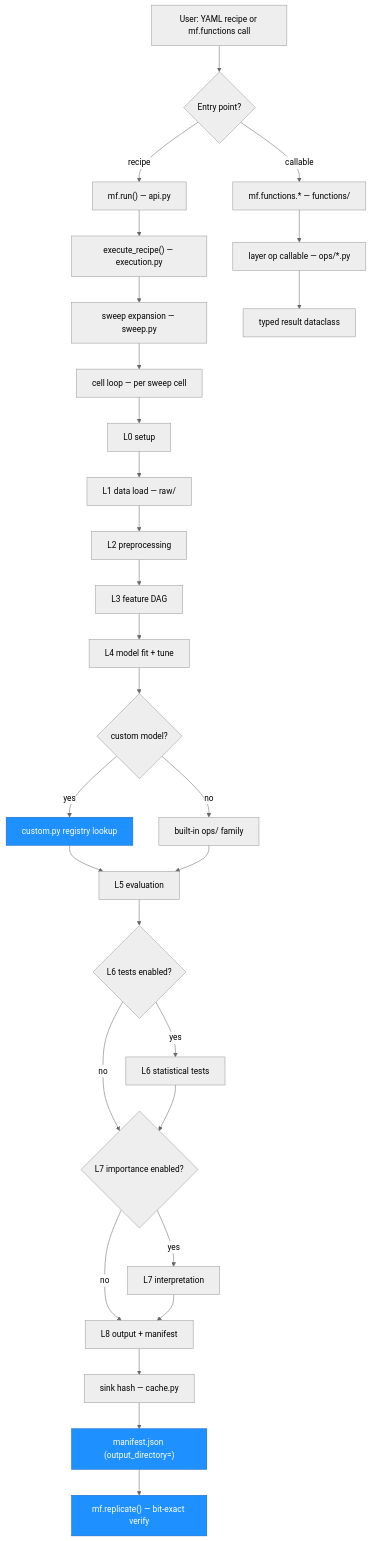
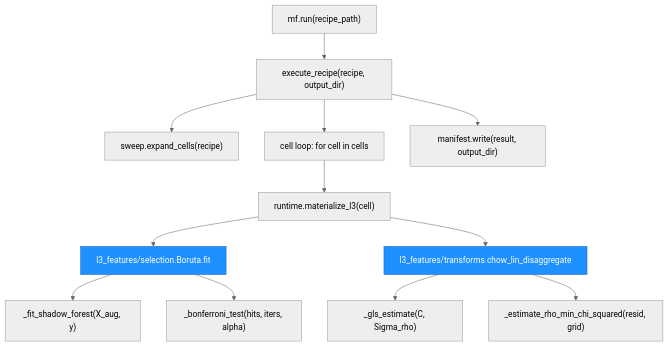
The second of 3 diagrams in ARCHITECTURE.md (NanyeonK/macroforecast), drawn with Mermaid before and after one commit. The commit also changed other lines of this file, not shown here.

First line of the commit message:
docs(pr1): update ARCHITECTURE.md for Phase 3g-bis + PR1

````diff
--- a/ARCHITECTURE.md
+++ b/ARCHITECTURE.md
@@ -264,37 +124,31 @@
 ```mermaid
 %%{init: {'theme': 'neutral'}}%%
 graph TD
-    U["User: YAML recipe or mf.functions call"]
-    U --> EP{"Entry point?"}
-    EP -->|recipe| RUN["mf.run() — api.py"]
-    EP -->|callable| FUNC["mf.functions.* — functions/"]
-    RUN --> EXEC["execute_recipe() — execution.py"]
-    EXEC --> SWEEP["sweep expansion — sweep.py"]
-    SWEEP --> CELL["cell loop — per sweep cell"]
-    CELL --> L0["L0 setup"]
-    L0 --> L1["L1 data load — raw/"]
-    L1 --> L2["L2 preprocessing"]
-    L2 --> L3["L3 feature DAG"]
-    L3 --> L4["L4 model fit + tune"]
-    L4 --> CUSTOM{"custom model?"}
-    CUSTOM -->|yes| REG["custom.py registry lookup"]
-    CUSTOM -->|no| BUILTIN["built-in ops/ family"]
-    REG --> L5["L5 evaluation"]
-    BUILTIN --> L5
-    L5 --> L6{"L6 tests enabled?"}
-    L6 -->|yes| TESTS["L6 statistical tests"]
-    L6 -->|no| L7CHECK{"L7 importance enabled?"}
-    TESTS --> L7CHECK
-    L7CHECK -->|yes| INTERP["L7 interpretation"]
-    L7CHECK -->|no| L8["L8 output + manifest"]
-    INTERP --> L8
-    L8 --> HASH["sink hash — cache.py"]
-    HASH --> MAN["manifest.json (output_directory=)"]
-    MAN --> REP["mf.replicate() — bit-exact verify"]
-    FUNC --> LEAF["layer op callable — ops/*.py"]
-    LEAF --> RES["typed result dataclass"]
+    RUN["mf.run(recipe_path)"]
+    EXECR["execute_recipe(recipe, output_dir)"]
+    SWPEXP["sweep.expand_cells(recipe)"]
+    CELLLOOP["cell loop: for cell in cells"]
+    MAT_L3["runtime.materialize_l3(cell)"]
+    BORUTA["l3_features/selection.Boruta.fit"]
+    BFIT["_fit_shadow_forest(X_aug, y)"]
+    BTEST["_bonferroni_test(hits, iters, alpha)"]
+    CHOWLIN["l3_features/transforms.chow_lin_disaggregate"]
+    CLGLS["_gls_estimate(C, Sigma_rho)"]
+    CLRHO["_estimate_rho_min_chi_squared(resid, grid)"]
+    MANIFEST_W["manifest.write(result, output_dir)"]
 
-    style REG fill:#1e90ff,stroke:#1565c0,color:#fff
-    style MAN fill:#1e90ff,stroke:#1565c0,color:#fff
-    style REP fill:#1e90ff,stroke:#1565c0,color:#fff
+    RUN --> EXECR
+    EXECR --> SWPEXP
+    EXECR --> CELLLOOP
+    CELLLOOP --> MAT_L3
+    MAT_L3 --> BORUTA
+    BORUTA --> BFIT
+    BORUTA --> BTEST
+    MAT_L3 --> CHOWLIN
+    CHOWLIN --> CLGLS
+    CHOWLIN --> CLRHO
+    EXECR --> MANIFEST_W
+
+    style BORUTA fill:#1e90ff,stroke:#1565c0,color:#fff
+    style CHOWLIN fill:#1e90ff,stroke:#1565c0,color:#fff
 ```
````
